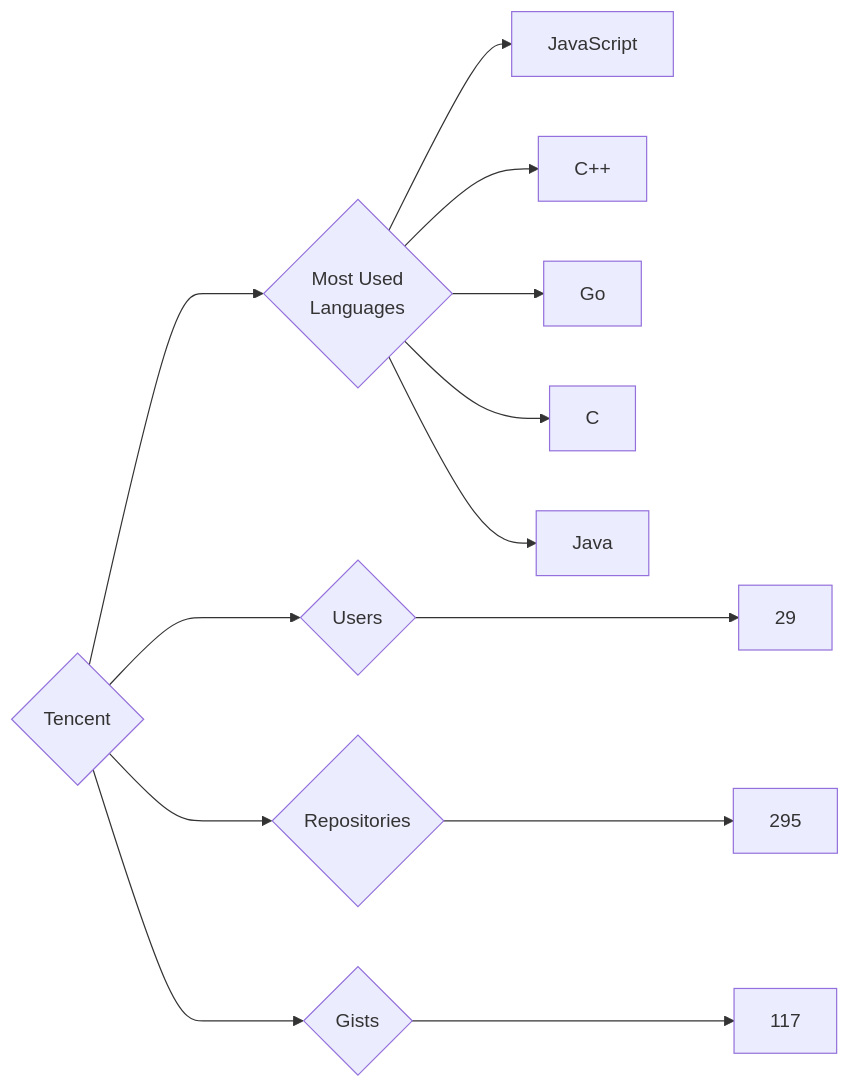
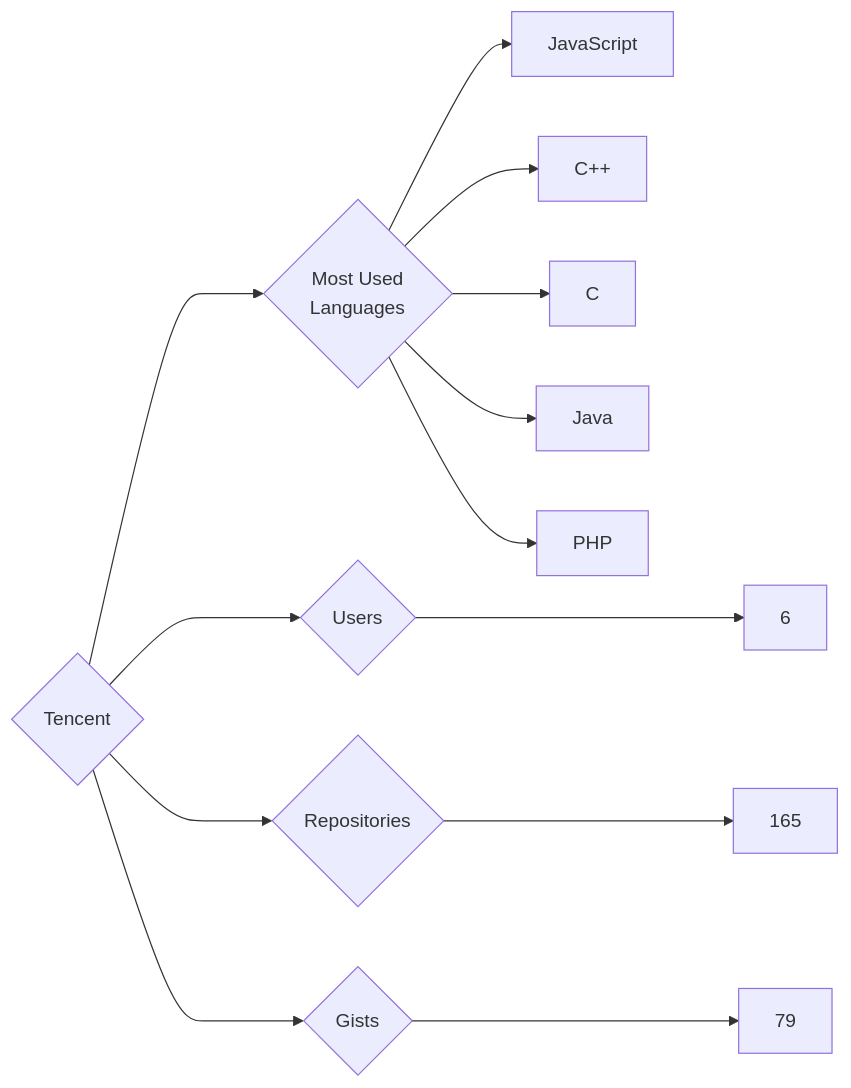
The diagram in targets/Tencent/README.md (trickest/insiders), drawn with Mermaid before and after one commit. The commit also changed 964 other files, not shown here.

````diff
--- a/targets/Tencent/README.md
+++ b/targets/Tencent/README.md
@@ -3,13 +3,13 @@
 ```mermaid
 graph LR
 COMPANY_NAME{Tencent}
-COMPANY_NAME ---> U{Users} ---> UN[29]
-COMPANY_NAME ---> R{Repositories} ---> RN[295]
-COMPANY_NAME ---> G{Gists} ---> GN[117]
+COMPANY_NAME ---> U{Users} ---> UN[6]
+COMPANY_NAME ---> R{Repositories} ---> RN[165]
+COMPANY_NAME ---> G{Gists} ---> GN[79]
 COMPANY_NAME ---> ML{Most Used<br>Languages}
 ML --> JavaScript[JavaScript]
 ML --> C++[C++]
-ML --> Go[Go]
 ML --> C[C]
 ML --> Java[Java]
+ML --> PHP[PHP]
 ```
````
